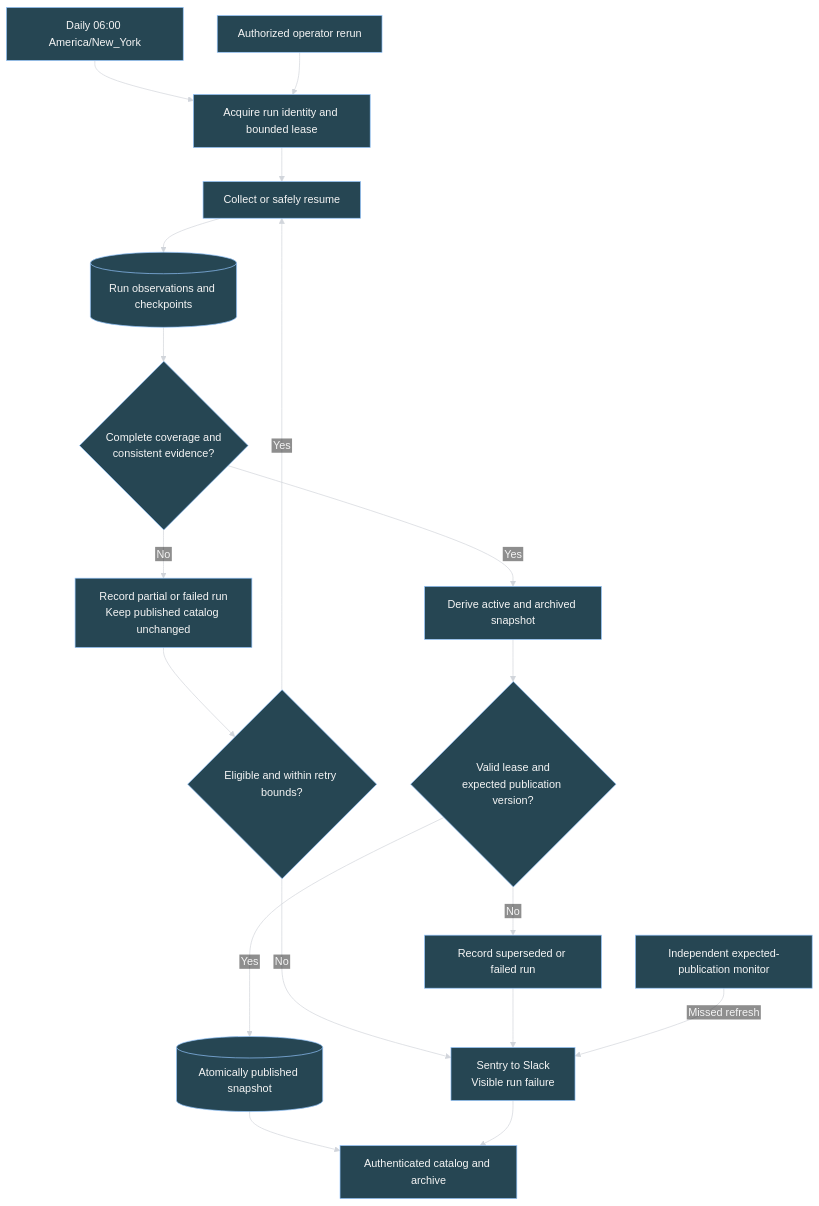
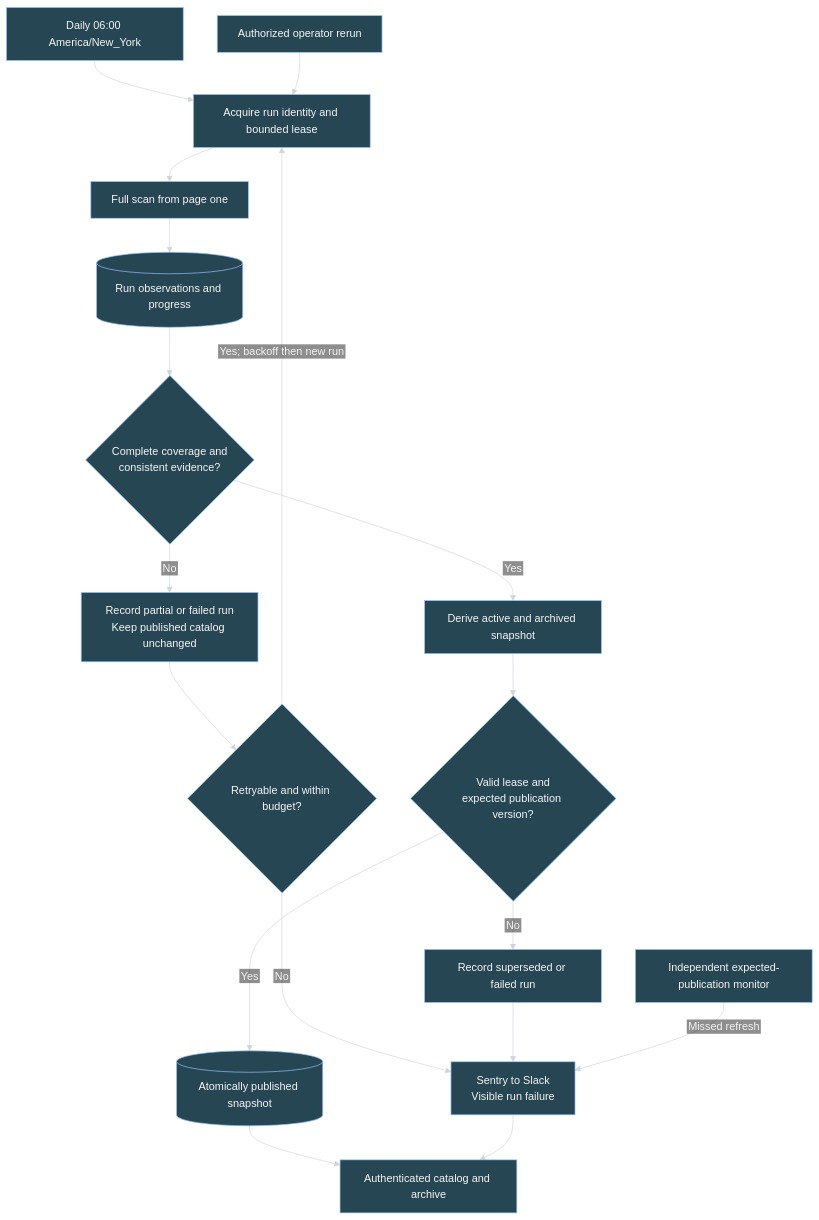
The fourth of 6 diagrams in plan.md (moro-no-kimi/devhawks), drawn with Mermaid before and after one commit. The commit also changed other lines of this file, not shown here.

Commit message:
Revise plan.md to update project roadmap and clarify objectives

````diff
--- a/plan.md
+++ b/plan.md
@@ -216,21 +247,21 @@
 ```mermaid
 %%{init: {"theme":"base","themeVariables":{"darkMode":true,"background":"#1e1e1e","primaryColor":"#264653","primaryTextColor":"#f5f5f5","primaryBorderColor":"#93c5fd","secondaryColor":"#303030","secondaryTextColor":"#f5f5f5","secondaryBorderColor":"#93c5fd","tertiaryColor":"#303030","tertiaryTextColor":"#f5f5f5","tertiaryBorderColor":"#93c5fd","lineColor":"#d1d5db","textColor":"#f5f5f5","edgeLabelBackground":"#1e1e1e","clusterBkg":"#252526","clusterBorder":"#9ca3af","fontFamily":"Segoe UI, Arial, sans-serif","fontSize":"16px"},"flowchart":{"htmlLabels":false}}}%%
 flowchart TD
     Schedule["Daily 06:00 America/New_York"] --> Run
     Operator["Authorized operator rerun"] --> Run
-    Run["Acquire run identity and bounded lease"] --> Collect["Collect or safely resume"]
-    Collect --> Stage[("Run observations and checkpoints")]
+    Run["Acquire run identity and bounded lease"] --> Collect["Full scan from page one"]
+    Collect --> Stage[("Run observations and progress")]
     Stage --> Complete{"Complete coverage and<br/>consistent evidence?"}
     Complete -->|"No"| Partial["Record partial or failed run<br/>Keep published catalog unchanged"]
-    Partial --> Resume{"Eligible and within retry bounds?"}
-    Resume -->|"Yes"| Collect
-    Resume -->|"No"| Alert["Sentry to Slack<br/>Visible run failure"]
+    Partial --> Retry{"Retryable and within budget?"}
+    Retry -->|"Yes; backoff then new run"| Run
+    Retry -->|"No"| Alert["Sentry to Slack<br/>Visible run failure"]
     Complete -->|"Yes"| Reconcile["Derive active and archived snapshot"]
     Reconcile --> Commit{"Valid lease and<br/>expected publication version?"}
     Commit -->|"Yes"| Publish[("Atomically published snapshot")]
     Commit -->|"No"| Conflict["Record superseded or failed run"]
     Conflict --> Alert
     Publish --> UI["Authenticated catalog and archive"]
     Alert --> UI
     Monitor["Independent expected-publication monitor"] -->|"Missed refresh"| Alert
 ```
````
